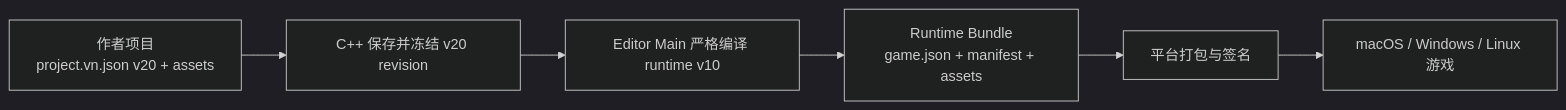
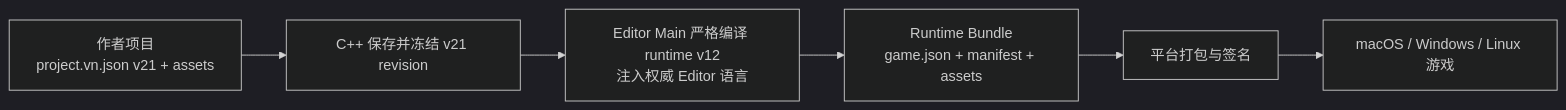
One commit to DarkboyRyan/Scratch-Novel-Engine changed the first of 3 diagrams in docs/game-export-player.md. Above: the diagram before and after it, drawn with Mermaid (dark theme). The commit also changed other lines of this file and 187 other files, not shown here.

````diff
--- a/docs/game-export-player.md
+++ b/docs/game-export-player.md
@@ -175,11 +178,11 @@
 ```mermaid
 flowchart LR
-  AUTHOR["作者项目<br/>project.vn.json v20 + assets"]
-  SAVE["C++ 保存并冻结 v20 revision"]
-  COMPILE["Editor Main 严格编译 runtime v10"]
+  AUTHOR["作者项目<br/>project.vn.json v21 + assets"]
+  SAVE["C++ 保存并冻结 v21 revision"]
+  COMPILE["Editor Main 严格编译 runtime v12<br/>注入权威 Editor 语言"]
   BUNDLE["Runtime Bundle<br/>game.json + manifest + assets"]
   PACKAGE["平台打包与签名"]
   APP["macOS / Windows / Linux 游戏"]
 
   AUTHOR --> SAVE --> COMPILE --> BUNDLE --> PACKAGE --> APP
 ```
````
